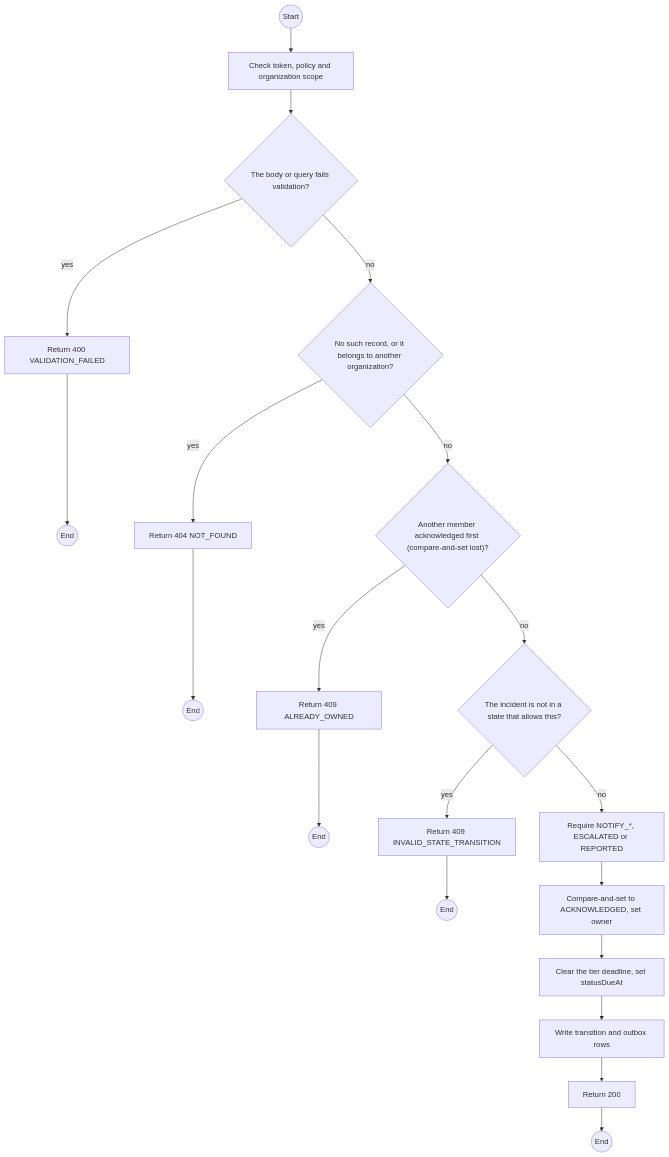
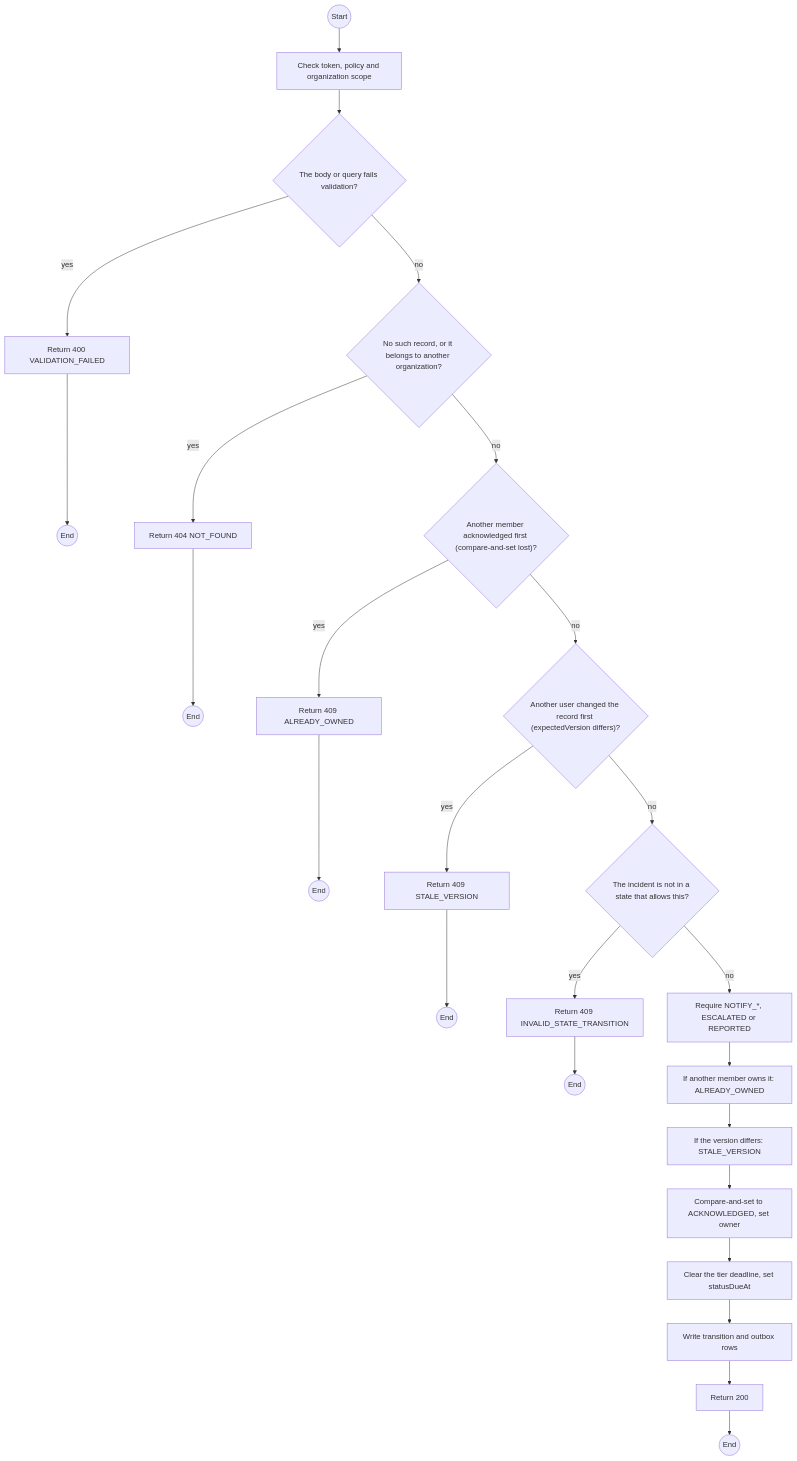
One commit to TrekLink-Team/treklink-web changed the first of 2 diagrams in specs/incidents/api-design/03-post-incidents-id-acknowledge.md. Above: the diagram before and after it, drawn with Mermaid. The commit also changed other lines of this file and 18 other files, not shown here.

````diff
--- a/specs/incidents/api-design/03-post-incidents-id-acknowledge.md
+++ b/specs/incidents/api-design/03-post-incidents-id-acknowledge.md
@@ -197,37 +214,46 @@
 ```mermaid
 flowchart TB
     S((Start))
     A0["Check token, policy and organization scope"]
     S --> A0
     D1{"The body or query fails validation?"}
     A0 --> D1
     E1["Return 400 VALIDATION_FAILED"]
     D1 -->|yes| E1
     E1 --> X1((End))
     D2{"No such record, or it belongs to another organization?"}
     D1 -->|no| D2
     E2["Return 404 NOT_FOUND"]
     D2 -->|yes| E2
     E2 --> X2((End))
     D3{"Another member acknowledged first (compare-and-set lost)?"}
     D2 -->|no| D3
     E3["Return 409 ALREADY_OWNED"]
     D3 -->|yes| E3
     E3 --> X3((End))
-    D4{"The incident is not in a state that allows this?"}
+    D4{"Another user changed the record first (expectedVersion differs)?"}
     D3 -->|no| D4
-    E4["Return 409 INVALID_STATE_TRANSITION"]
+    E4["Return 409 STALE_VERSION"]
     D4 -->|yes| E4
     E4 --> X4((End))
+    D5{"The incident is not in a state that allows this?"}
+    D4 -->|no| D5
+    E5["Return 409 INVALID_STATE_TRANSITION"]
+    D5 -->|yes| E5
+    E5 --> X5((End))
     P0["Require NOTIFY_*, ESCALATED or REPORTED"]
-    D4 -->|no| P0
-    P1["Compare-and-set to ACKNOWLEDGED, set owner"]
+    D5 -->|no| P0
+    P1["If another member owns it: ALREADY_OWNED"]
     P0 --> P1
-    P2["Clear the tier deadline, set statusDueAt"]
+    P2["If the version differs: STALE_VERSION"]
     P1 --> P2
-    P3["Write transition and outbox rows"]
+    P3["Compare-and-set to ACKNOWLEDGED, set owner"]
     P2 --> P3
+    P4["Clear the tier deadline, set statusDueAt"]
+    P3 --> P4
+    P5["Write transition and outbox rows"]
+    P4 --> P5
     OK["Return 200"]
-    P3 --> OK
+    P5 --> OK
     OK --> Z((End))
 ```
````
